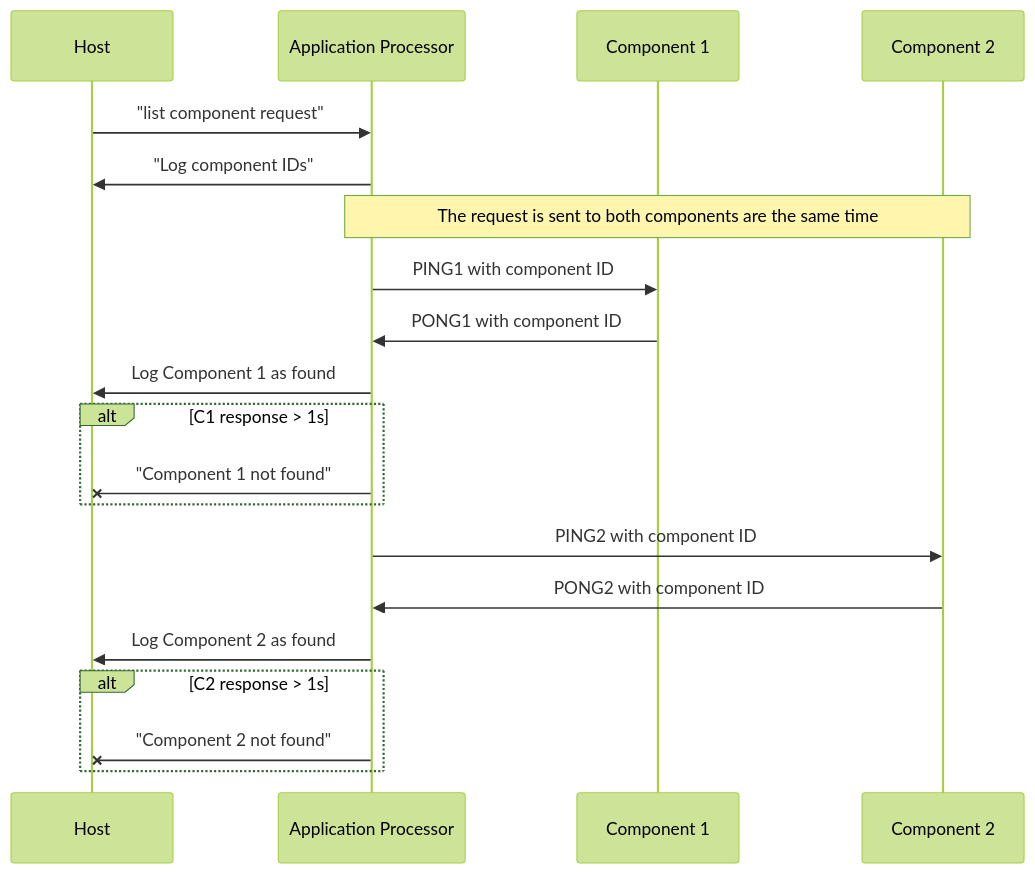
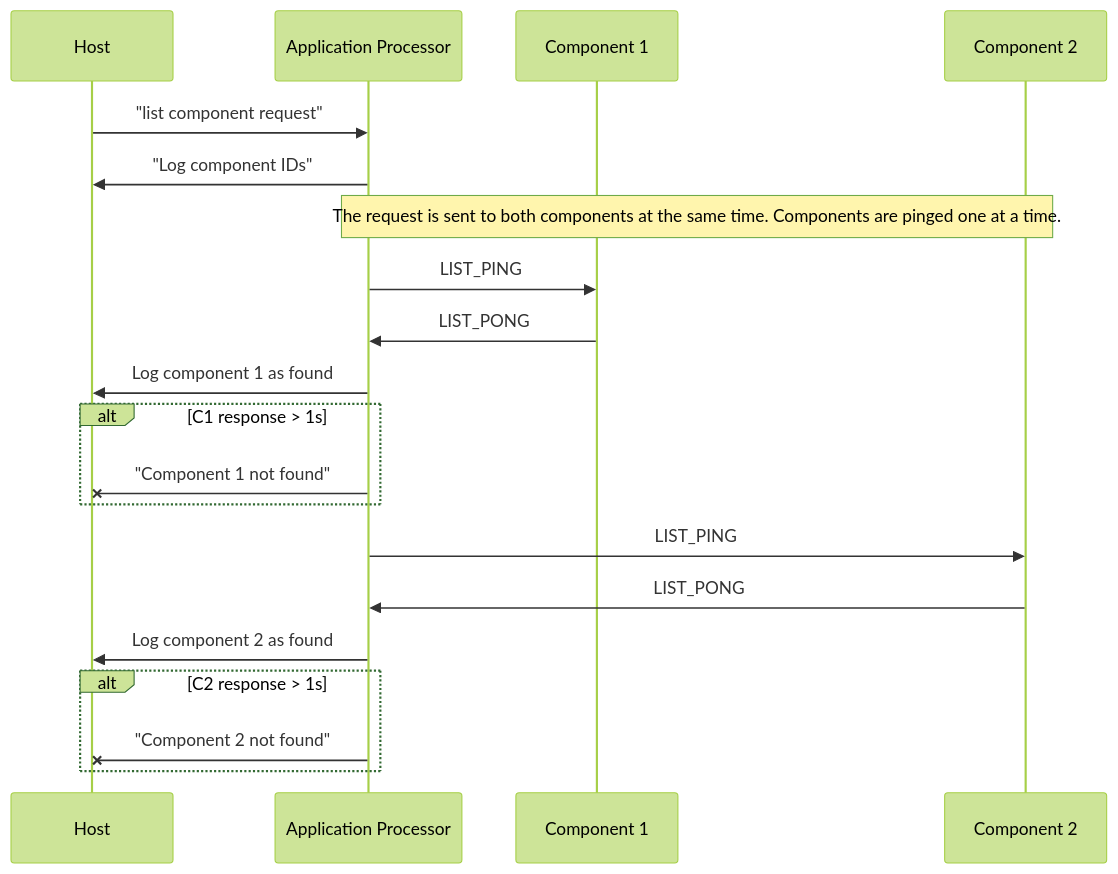
The first of 4 diagrams in docs/misc_protocol.md (sigpwny/2024-ectf-uiuc), drawn with Mermaid (forest theme) before and after one commit. The commit also changed other lines of this file and 1 other file, not shown here.

Commit message:
modified list_components and changed markdown document. Emma please look at this.

````diff
--- a/docs/misc_protocol.md
+++ b/docs/misc_protocol.md
@@ -14,24 +14,24 @@
 ```mermaid
 sequenceDiagram
   participant H as Host
   participant AP as Application Processor
   participant C1 as Component 1
   participant C2 as Component 2
   H ->> AP: "list component request"
   AP ->> H: "Log component IDs"
-  Note over AP, C2: The request is sent to both components are the same time
-  AP ->> C1: PING1 with component ID
-  C1 ->> AP: PONG1 with component ID
+  Note over AP, C2: The request is sent to both components at the same time. Components are pinged one at a time.
+  AP ->> C1: LIST_PING
+  C1 ->> AP: LIST_PONG
   
  
-  AP ->> H: Log Component 1 as found
+  AP ->> H: Log component 1 as found
   alt C1 response > 1s
     AP -x H: "Component 1 not found"
   end
-  AP ->> C2: PING2 with component ID
-  C2 ->> AP: PONG2 with component ID
-  AP ->> H: Log Component 2 as found
+  AP ->> C2: LIST_PING
+  C2 ->> AP: LIST_PONG
+  AP ->> H: Log component 2 as found
   alt C2 response > 1s
     AP -x H: "Component 2 not found"
   end
 ```
````
